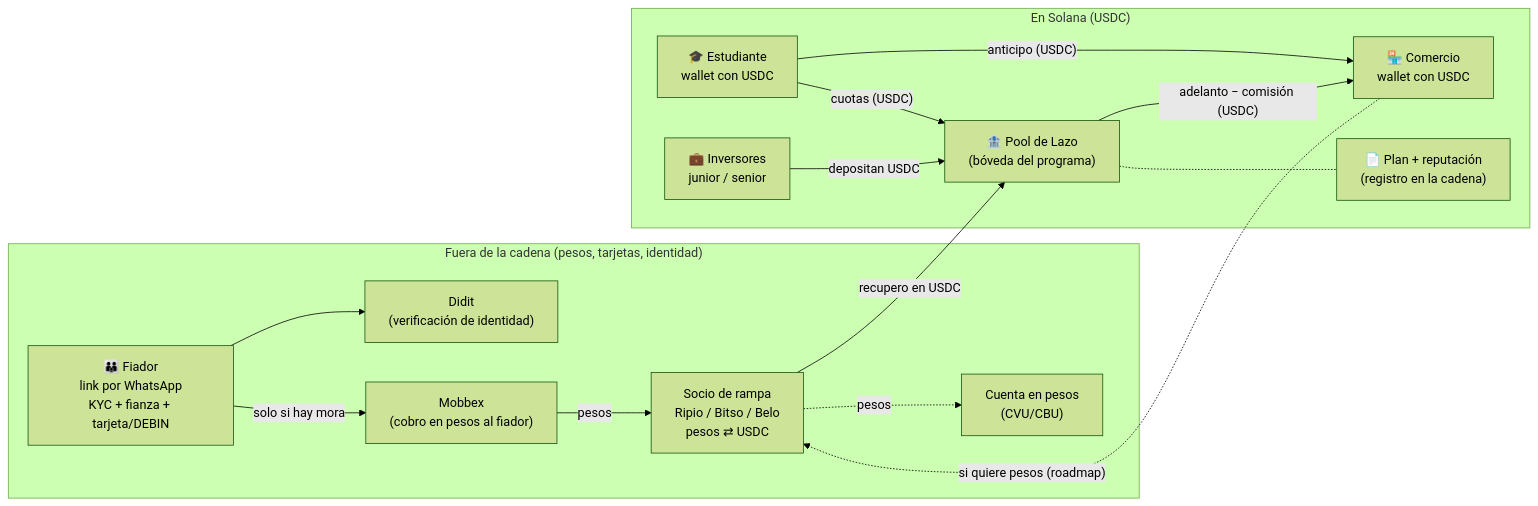
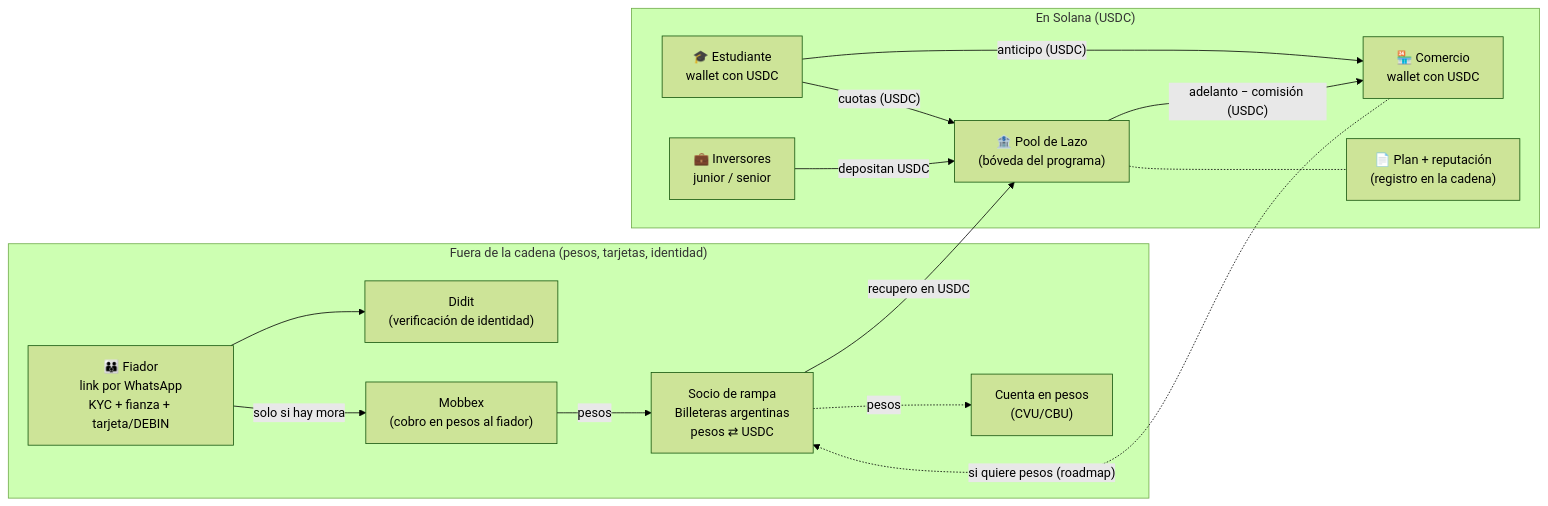
Before and after one commit to LucianoGrosso13/Lazo: the first of 5 diagrams in proyecto/07-plan-de-negocio/integracion-y-flujo-del-dinero.md, drawn with Mermaid (forest theme). The commit also changed other lines of this file and 23 other files, not shown here.

````diff
--- a/proyecto/07-plan-de-negocio/integracion-y-flujo-del-dinero.md
+++ b/proyecto/07-plan-de-negocio/integracion-y-flujo-del-dinero.md
@@ -31,30 +31,30 @@
 ```mermaid
 flowchart LR
     subgraph OFF["Fuera de la cadena (pesos, tarjetas, identidad)"]
         FIA["👪 Fiador<br/>link por WhatsApp<br/>KYC + fianza + tarjeta/DEBIN"]
         MOB["Mobbex<br/>(cobro en pesos al fiador)"]
-        RAMPA["Socio de rampa<br/>Ripio / Bitso / Belo<br/>pesos ⇄ USDC"]
+        RAMPA["Socio de rampa<br/>Billeteras argentinas<br/>pesos ⇄ USDC"]
         CVU["Cuenta en pesos<br/>(CVU/CBU)"]
         DIDIT["Didit<br/>(verificación de identidad)"]
     end
 
     subgraph ON["En Solana (USDC)"]
         EST["🎓 Estudiante<br/>wallet con USDC"]
         POOL["🏦 Pool de Lazo<br/>(bóveda del programa)"]
         COM["🏪 Comercio<br/>wallet con USDC"]
         PLAN["📄 Plan + reputación<br/>(registro en la cadena)"]
         INV["💼 Inversores<br/>junior / senior"]
     end
 
     INV -- "depositan USDC" --> POOL
     EST -- "anticipo (USDC)" --> COM
     POOL -- "adelanto − comisión (USDC)" --> COM
     EST -- "cuotas (USDC)" --> POOL
     POOL -.- PLAN
     FIA --> DIDIT
     FIA -- "solo si hay mora" --> MOB
     MOB -- "pesos" --> RAMPA
     RAMPA -- "recupero en USDC" --> POOL
     COM -. "si quiere pesos (roadmap)" .-> RAMPA
     RAMPA -. "pesos" .-> CVU
 ```
````
